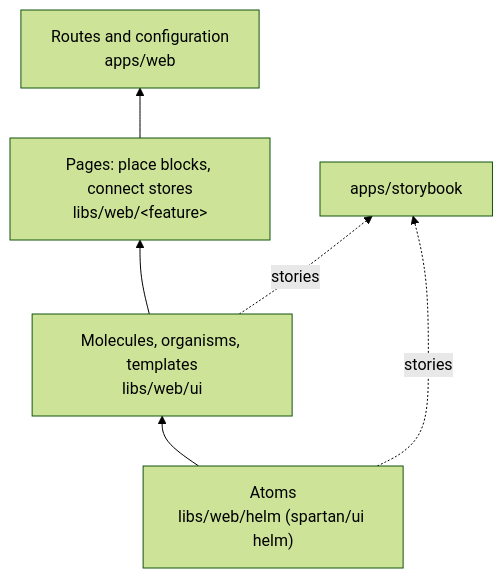
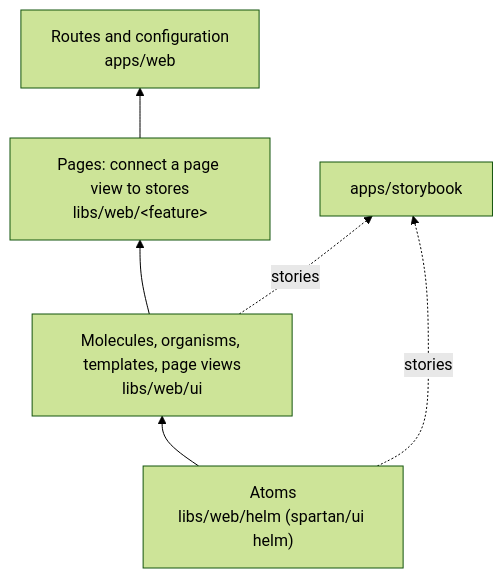
The diagram in docs/concepts/frontend.md (zniszcz/boilerplate-angular-nest), drawn with Mermaid (forest theme) before and after one commit. The commit also changed other lines of this file and 49 other files, not shown here.

First line of the commit message:
feat(web): split the app into pages, each with a view and stories in Storybook

````diff
--- a/docs/concepts/frontend.md
+++ b/docs/concepts/frontend.md
@@ -8,8 +8,8 @@
 ```mermaid
 flowchart BT
-    Helm["Atoms<br/>libs/web/helm (spartan/ui helm)"] --> UI["Molecules, organisms, templates<br/>libs/web/ui"]
-    UI --> Pages["Pages: place blocks, connect stores<br/>libs/web/&lt;feature&gt;"]
+    Helm["Atoms<br/>libs/web/helm (spartan/ui helm)"] --> UI["Molecules, organisms, templates, page views<br/>libs/web/ui"]
+    UI --> Pages["Pages: connect a page view to stores<br/>libs/web/&lt;feature&gt;"]
     Pages --> App["Routes and configuration<br/>apps/web"]
     UI -.stories.-> SB["apps/storybook"]
     Helm -.stories.-> SB
 ```
````
